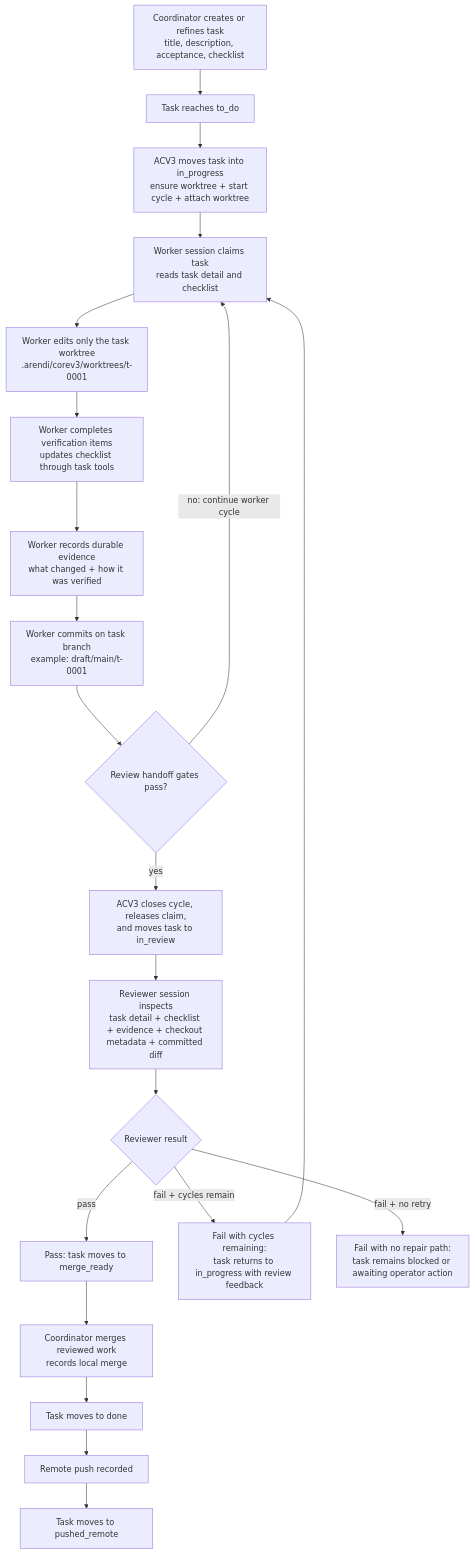
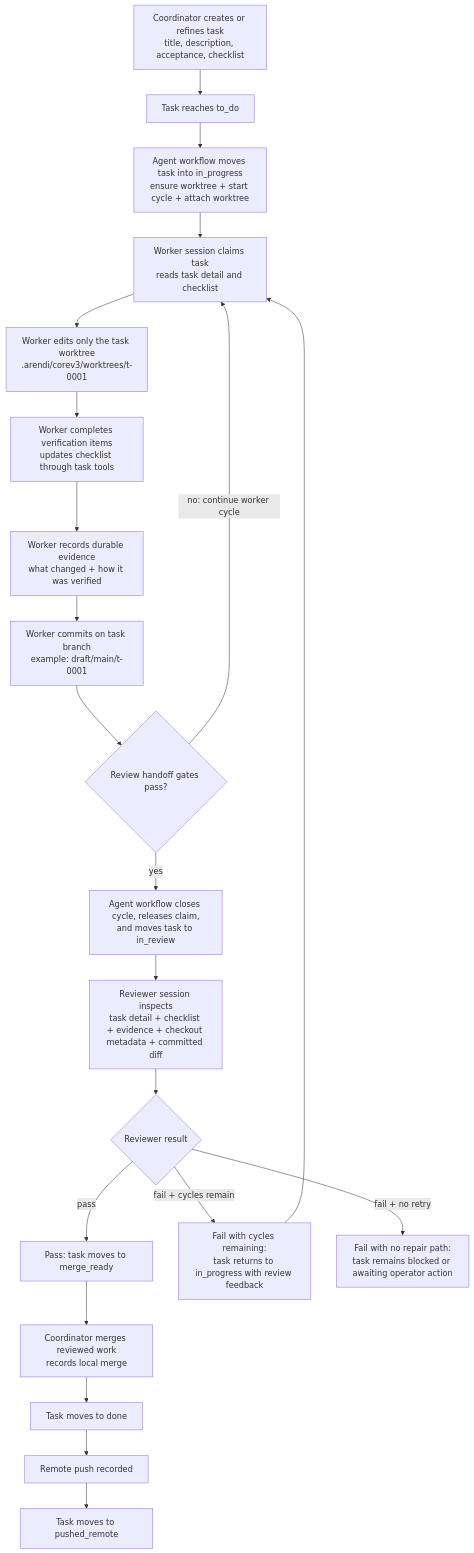
One commit to ArendiStudio/homebrew-apps changed the second of 2 diagrams in packages/agent/onboarding-full.md. Above: the diagram before and after it, drawn with Mermaid. The commit also changed other lines of this file and 3 other files, not shown here.

````diff
--- a/packages/agent/onboarding-full.md
+++ b/packages/agent/onboarding-full.md
@@ -484,43 +487,43 @@
 ```mermaid
 flowchart TD
   Intake["Coordinator creates or refines task<br/>title, description, acceptance, checklist"]
   Todo["Task reaches to_do"]
-  Start["ACV3 moves task into in_progress<br/>ensure worktree + start cycle + attach worktree"]
+  Start["Agent workflow moves task into in_progress<br/>ensure worktree + start cycle + attach worktree"]
   Worker["Worker session claims task<br/>reads task detail and checklist"]
   Worktree["Worker edits only the task worktree<br/>.arendi/corev3/worktrees/t-0001"]
   Checklist["Worker completes verification items<br/>updates checklist through task tools"]
   Evidence["Worker records durable evidence<br/>what changed + how it was verified"]
   Commit["Worker commits on task branch<br/>example: draft/main/t-0001"]
   Gates{"Review handoff gates pass?"}
-  ReviewLane["ACV3 closes cycle, releases claim,<br/>and moves task to in_review"]
+  ReviewLane["Agent workflow closes cycle, releases claim,<br/>and moves task to in_review"]
   Reviewer["Reviewer session inspects<br/>task detail + checklist + evidence + checkout metadata + committed diff"]
   Decision{"Reviewer result"}
   MergeReady["Pass: task moves to merge_ready"]
   Retry["Fail with cycles remaining:<br/>task returns to in_progress with review feedback"]
   Blocked["Fail with no repair path:<br/>task remains blocked or awaiting operator action"]
   Merge["Coordinator merges reviewed work<br/>records local merge"]
   Done["Task moves to done"]
   Push["Remote push recorded"]
   Pushed["Task moves to pushed_remote"]
 
   Intake --> Todo
   Todo --> Start
   Start --> Worker
   Worker --> Worktree
   Worktree --> Checklist
   Checklist --> Evidence
   Evidence --> Commit
   Commit --> Gates
   Gates -->|"yes"| ReviewLane
   Gates -->|"no: continue worker cycle"| Worker
   ReviewLane --> Reviewer
   Reviewer --> Decision
   Decision -->|"pass"| MergeReady
   Decision -->|"fail + cycles remain"| Retry
   Decision -->|"fail + no retry"| Blocked
   Retry --> Worker
   MergeReady --> Merge
   Merge --> Done
   Done --> Push
   Push --> Pushed
 ```
````
